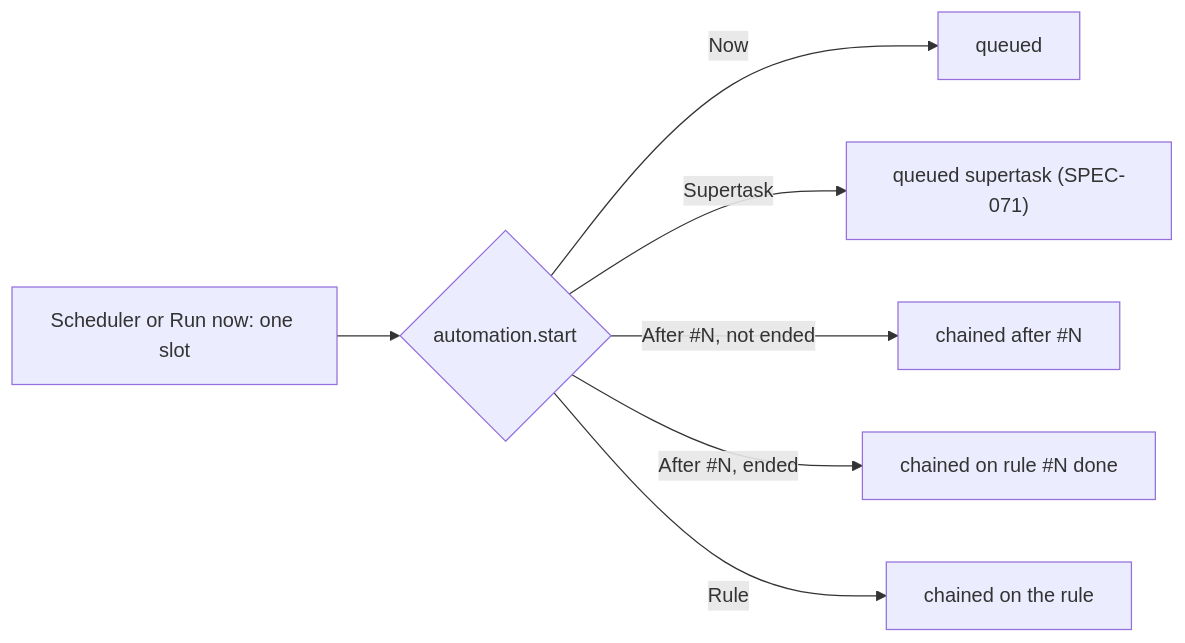
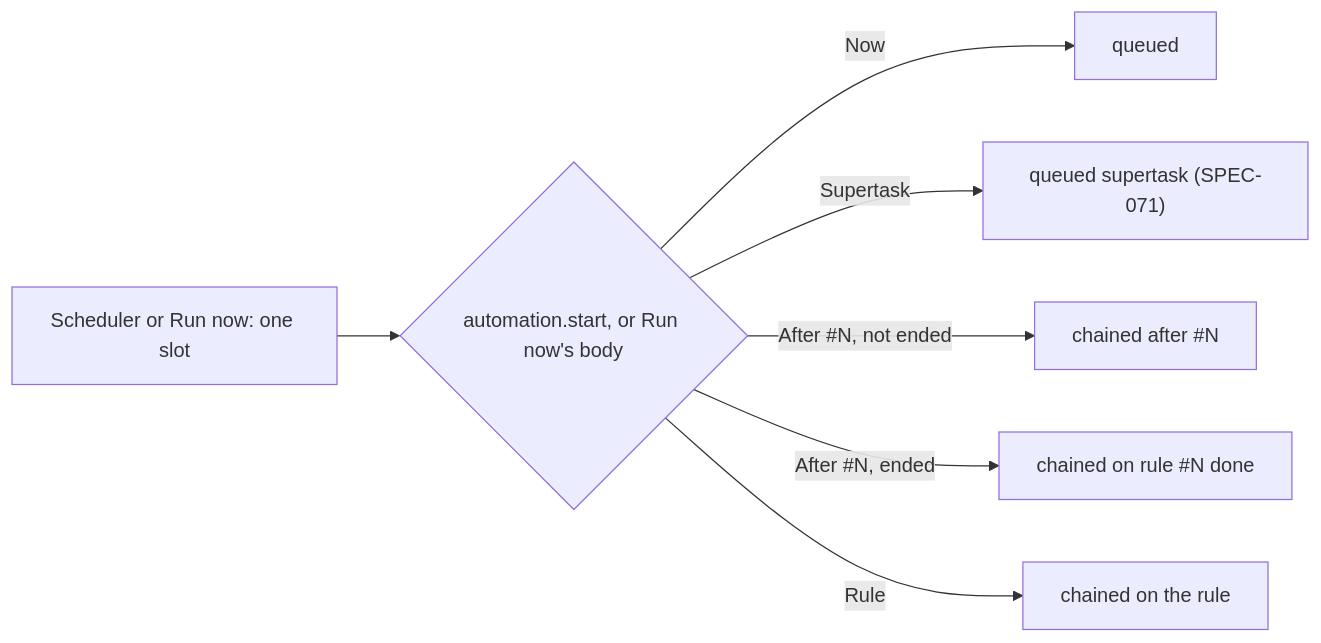
One commit to Quartio-Studio/yulius changed diagram 12 of 17 in docs/architecture.md. Above: the diagram before and after it, drawn with Mermaid. The commit also changed other lines of this file and 22 other files, not shown here.

First line of the commit message:
feat(automations): automation editor: the start choice sits beside Run now and Save (#400)

````diff
--- a/docs/architecture.md
+++ b/docs/architecture.md
@@ -383,9 +387,9 @@
 ```mermaid
 flowchart LR
-  RUN["Scheduler or Run now: one slot"] --> START{"automation.start"}
+  RUN["Scheduler or Run now: one slot"] --> START{"automation.start, or Run now's body"}
   START -->|"Now"| Q["queued"]
   START -->|"Supertask"| ST["queued supertask (SPEC-071)"]
   START -->|"After #N, not ended"| CH["chained after #N"]
   START -->|"After #N, ended"| RD["chained on rule #N done"]
   START -->|"Rule"| RL["chained on the rule"]
 ```
````
